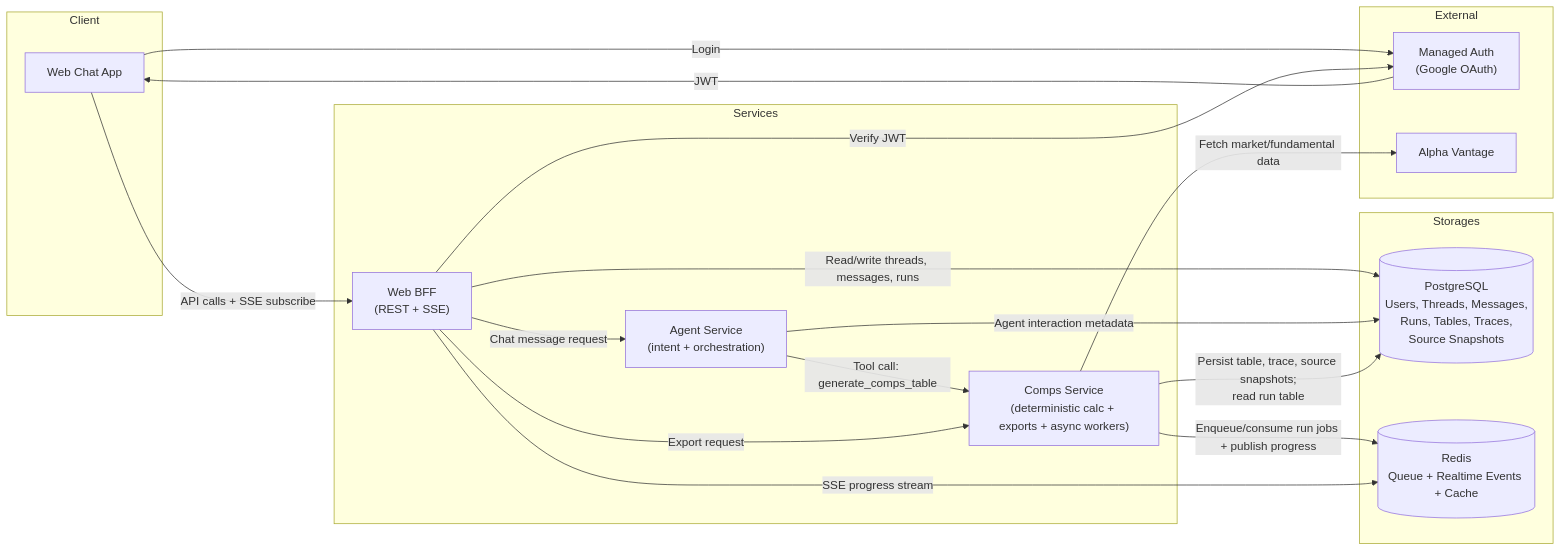
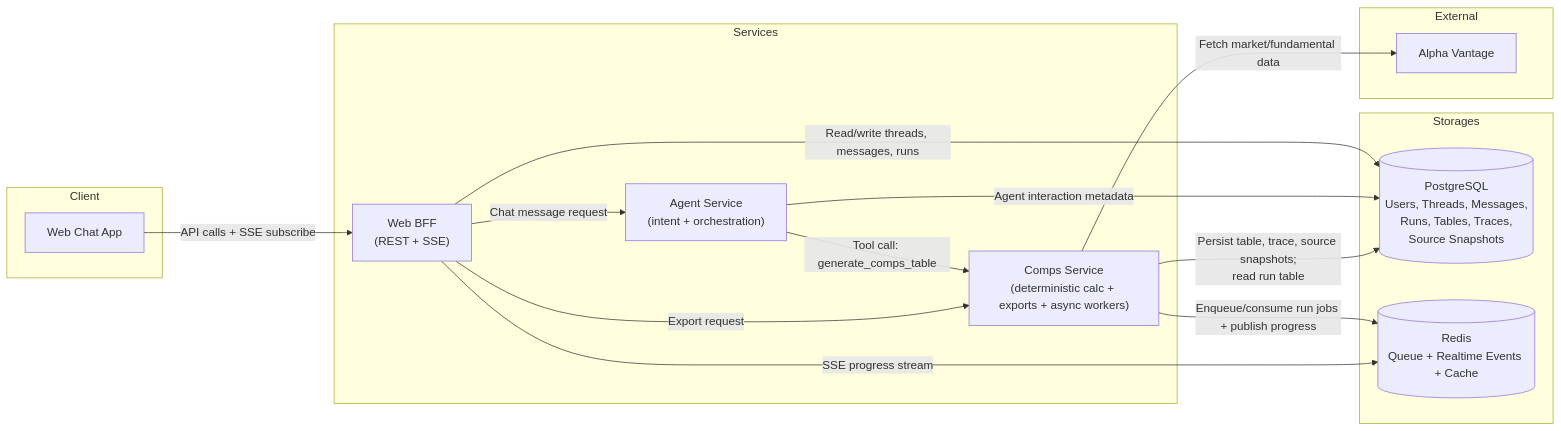
The diagram in docs/adr/ADR-001-mvp-high-level-architecture.md (zer0plus/talk-to-your-stock), drawn with Mermaid before and after one commit. The commit also changed other lines of this file and 1 other file, not shown here.

````diff
--- a/docs/adr/ADR-001-mvp-high-level-architecture.md
+++ b/docs/adr/ADR-001-mvp-high-level-architecture.md
@@ -17,40 +17,36 @@
 ```mermaid
 flowchart LR
   subgraph Client
     WEB["Web Chat App"]
   end
 
   subgraph Services
     BFF["Web BFF<br/>(REST + SSE)"]
     AGENT["Agent Service<br/>(intent + orchestration)"]
     COMPS["Comps Service<br/>(deterministic calc + exports + async workers)"]
   end
 
   subgraph Storages
     PG[("PostgreSQL<br/>Users, Threads, Messages,<br/>Runs, Tables, Traces,<br/>Source Snapshots")]
     REDIS[("Redis<br/>Queue + Realtime Events + Cache")]
   end
 
   subgraph External
-    AUTH["Managed Auth<br/>(Google OAuth)"]
     AV["Alpha Vantage"]
   end
 
   WEB -->|"API calls + SSE subscribe"| BFF
-  WEB -->|"Login"| AUTH
-  AUTH -->|"JWT"| WEB
-  BFF -->|"Verify JWT"| AUTH
 
   BFF -->|"Chat message request"| AGENT
   AGENT -->|"Tool call: generate_comps_table"| COMPS
   BFF -->|"Export request"| COMPS
 
   BFF -->|"Read/write threads, messages, runs"| PG
   AGENT -->|"Agent interaction metadata"| PG
   COMPS -->|"Persist table, trace, source snapshots;<br/>read run table"| PG
 
   COMPS -->|"Enqueue/consume run jobs + publish progress"| REDIS
   BFF -->|"SSE progress stream"| REDIS
 
   COMPS -->|"Fetch market/fundamental data"| AV
 ```
````
